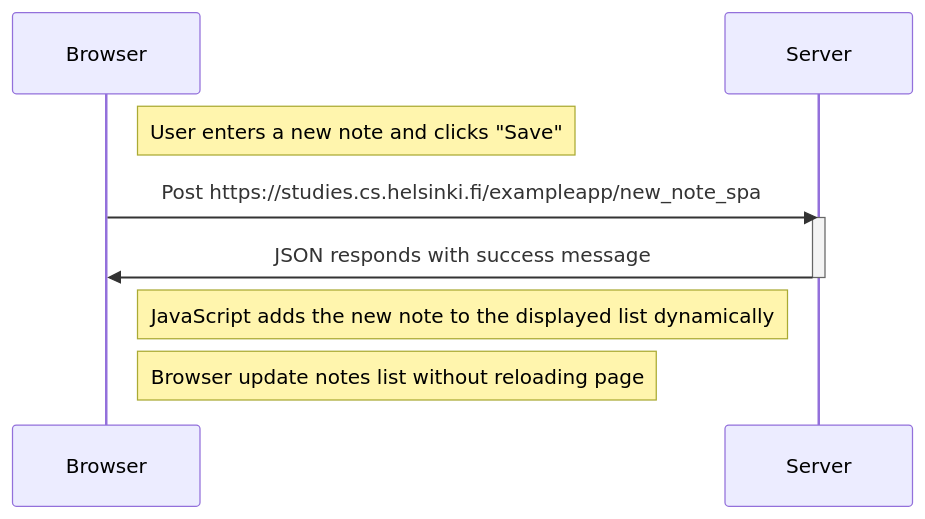
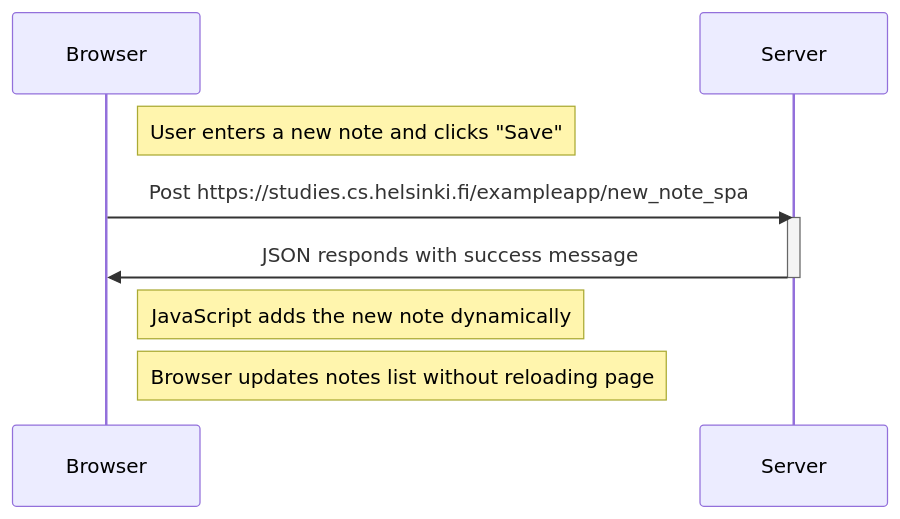
One commit to Maryahcee/Fullstack-open changed the diagram in Part-0/new-note-in single-page-app-diagram.md. Above: the diagram before and after it, drawn with Mermaid.

Commit message:
Update new-note-in single-page-app-diagram.md

````diff
--- a/Part-0/new-note-in single-page-app-diagram.md
+++ b/Part-0/new-note-in single-page-app-diagram.md
@@ -1,25 +1,25 @@
 ```mermaid
 sequenceDiagram
 
 participant Browser
 participant Server
 
  Note right of Browser: User enters a new note and clicks "Save"
 
  Browser->>Server: Post https://studies.cs.helsinki.fi/exampleapp/new_note_spa
 
  activate Server
  Server->>Browser: JSON responds with success message
  deactivate Server
 
-  Note right of Browser: JavaScript adds the new note to the displayed list dynamically
+  Note right of Browser: JavaScript adds the new note  dynamically
 
-  Note right of Browser: Browser update notes list without reloading page
+  Note right of Browser: Browser updates notes list without reloading page
 
 
 
 
 
 
 
 ```
````
